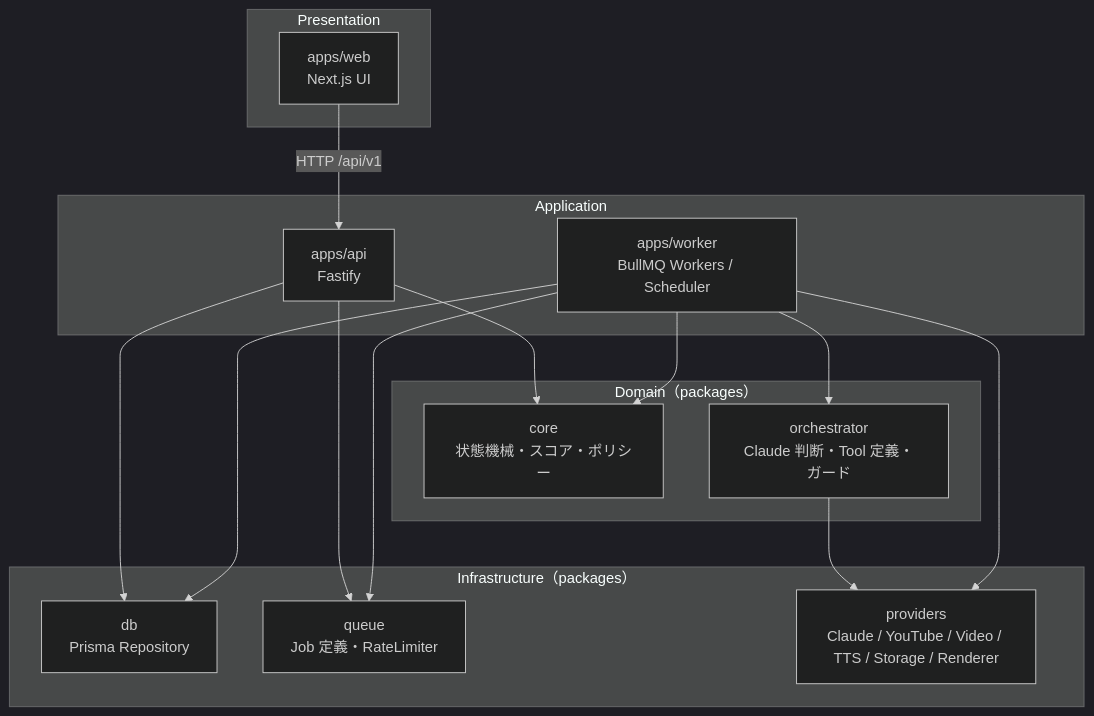
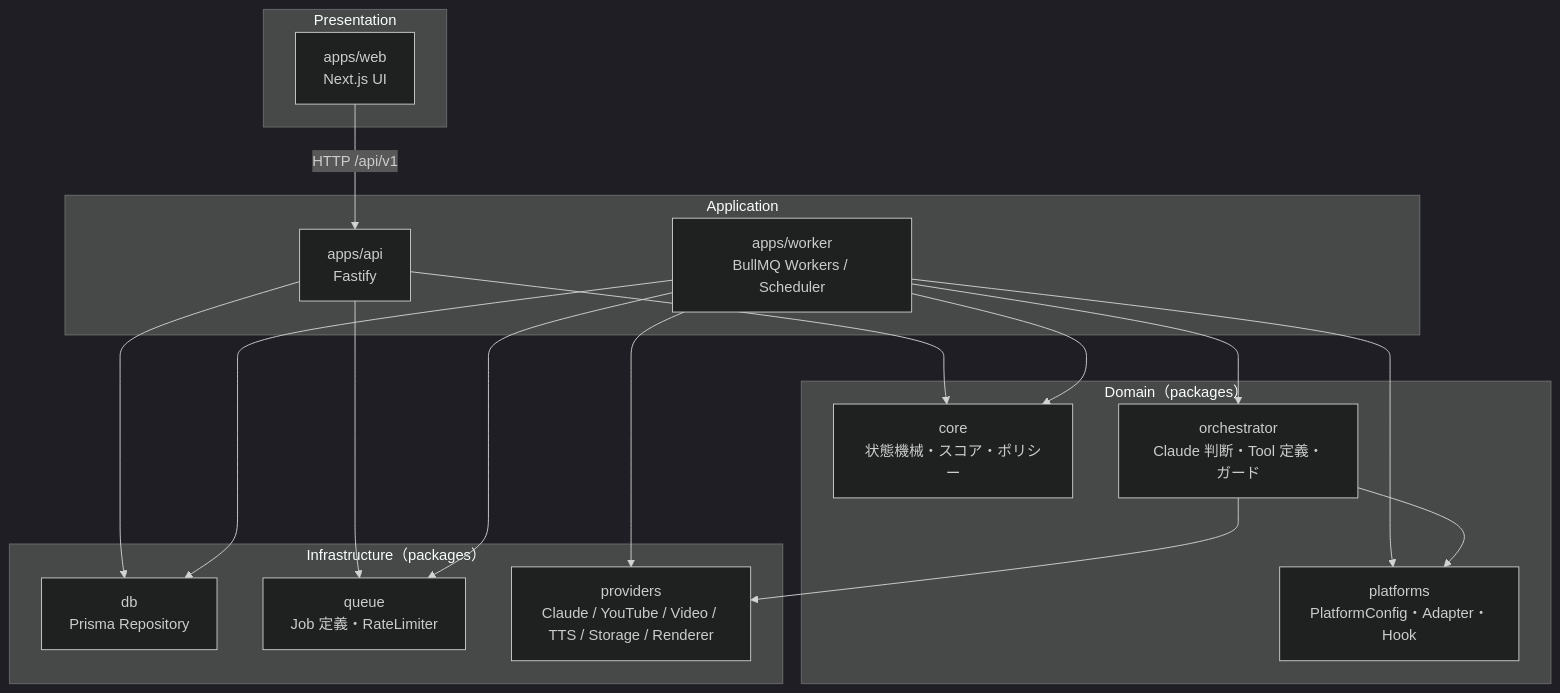
Before and after one commit to gangidenset/ai-youtube-agent: the first of 2 diagrams in docs/architecture.md, drawn with Mermaid (dark theme). The commit also changed other lines of this file and 9 other files, not shown here.

````diff
--- a/docs/architecture.md
+++ b/docs/architecture.md
@@ -5,30 +5,33 @@
 ```mermaid
 flowchart TB
   subgraph Presentation
     WEB[apps/web<br/>Next.js UI]
   end
   subgraph Application
     API[apps/api<br/>Fastify]
     WORKER[apps/worker<br/>BullMQ Workers / Scheduler]
   end
   subgraph Domain["Domain（packages）"]
     CORE[core<br/>状態機械・スコア・ポリシー]
     ORC[orchestrator<br/>Claude 判断・Tool 定義・ガード]
+    PLT[platforms<br/>PlatformConfig・Adapter・Hook]
   end
   subgraph Infrastructure["Infrastructure（packages）"]
     DB[db<br/>Prisma Repository]
     Q[queue<br/>Job 定義・RateLimiter]
     PROV[providers<br/>Claude / YouTube / Video / TTS / Storage / Renderer]
   end
 
   WEB -->|HTTP /api/v1| API
   API --> CORE
   API --> DB
   API --> Q
   WORKER --> ORC
   WORKER --> CORE
+  WORKER --> PLT
+  ORC --> PLT
   WORKER --> DB
   WORKER --> Q
   ORC --> PROV
   WORKER --> PROV
 ```
````
